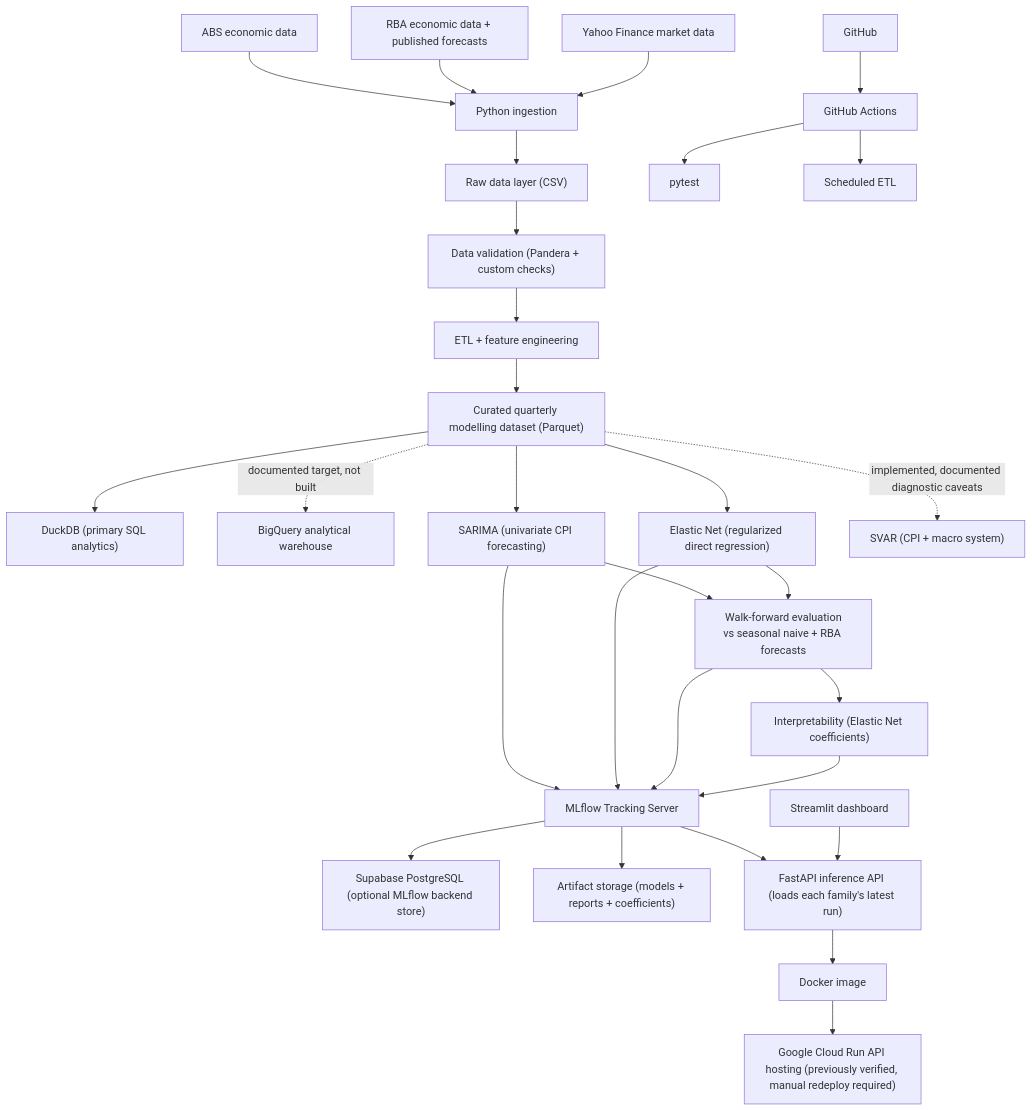
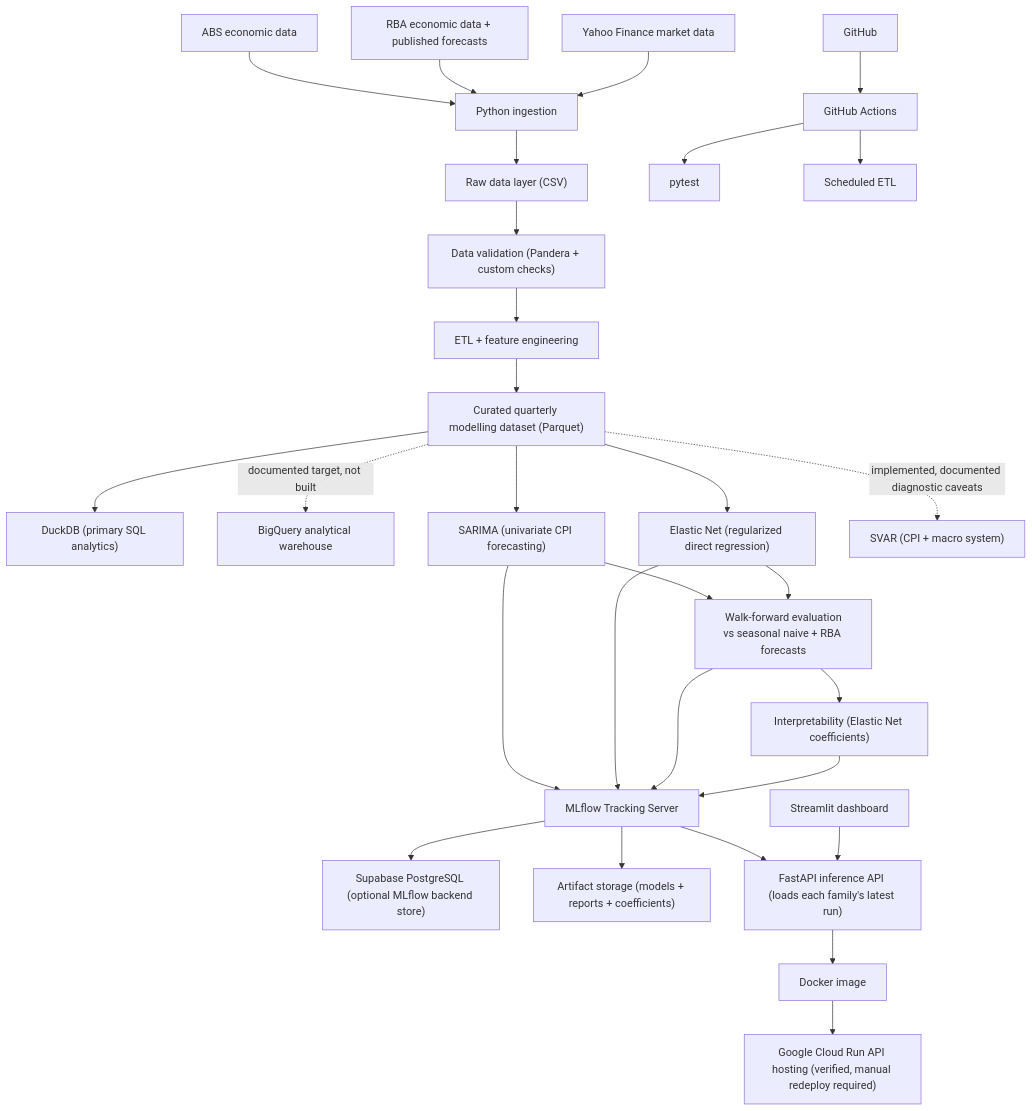
The diagram in README.md (JuanVu1810/Australian-CPI-Forecast), drawn with Mermaid before and after one commit. The commit also changed other lines of this file and 4 other files, not shown here.

````diff
--- a/README.md
+++ b/README.md
@@ -448,41 +448,41 @@
 ```mermaid
 flowchart TD
     ABS["ABS economic data"] --> INGEST["Python ingestion"]
     RBA["RBA economic data + published forecasts"] --> INGEST
     YF["Yahoo Finance market data"] --> INGEST
 
     INGEST --> RAW["Raw data layer (CSV)"]
     RAW --> VALIDATE["Data validation (Pandera + custom checks)"]
     VALIDATE --> ETL["ETL + feature engineering"]
     ETL --> CURATED["Curated quarterly modelling dataset (Parquet)"]
 
     CURATED --> DUCKDB["DuckDB (primary SQL analytics)"]
     CURATED -. "documented target, not built" .-> BQ["BigQuery analytical warehouse"]
 
     CURATED --> SARIMA["SARIMA (univariate CPI forecasting)"]
     CURATED --> ELASTIC["Elastic Net (regularized direct regression)"]
     CURATED -. "implemented, documented diagnostic caveats" .-> SVAR["SVAR (CPI + macro system)"]
 
     SARIMA --> EVAL["Walk-forward evaluation<br/>vs seasonal naive + RBA forecasts"]
     ELASTIC --> EVAL
 
     EVAL --> INTERP["Interpretability (Elastic Net coefficients)"]
 
     SARIMA --> MLFLOW["MLflow Tracking Server"]
     ELASTIC --> MLFLOW
     EVAL --> MLFLOW
     INTERP --> MLFLOW
 
     MLFLOW --> POSTGRES["Supabase PostgreSQL (optional MLflow backend store)"]
     MLFLOW --> ARTIFACTS["Artifact storage (models + reports + coefficients)"]
     MLFLOW --> API["FastAPI inference API (loads each family's latest run)"]
 
     STREAMLIT["Streamlit dashboard"] --> API
 
     API --> DOCKER["Docker image"]
-    DOCKER --> CLOUDRUN["Google Cloud Run API hosting (previously verified, manual redeploy required)"]
+    DOCKER --> CLOUDRUN["Google Cloud Run API hosting (verified, manual redeploy required)"]
 
     GITHUB["GitHub"] --> ACTIONS["GitHub Actions"]
     ACTIONS --> TESTS["pytest"]
     ACTIONS --> SCHEDULE["Scheduled ETL"]
 ```
````
